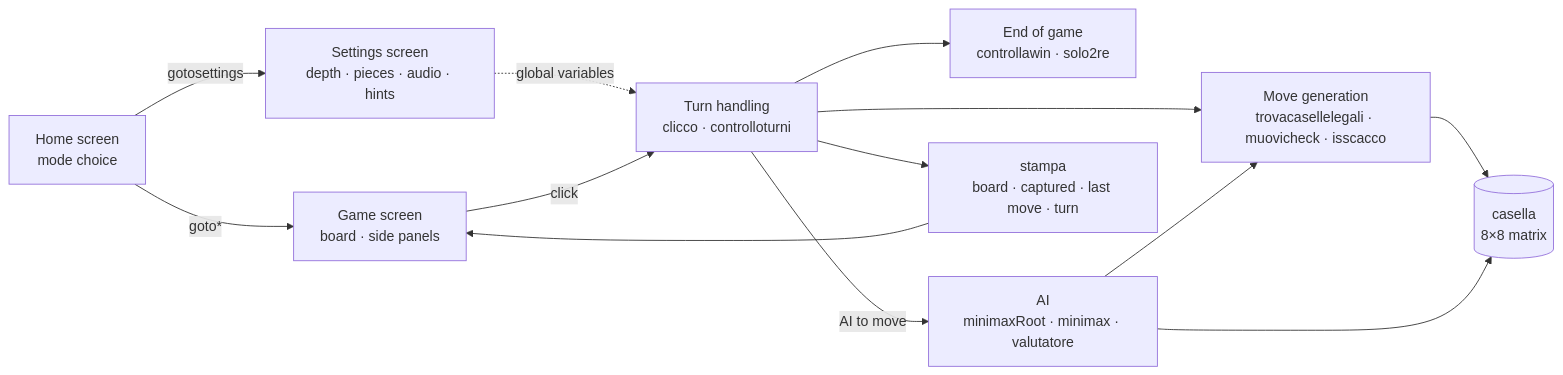
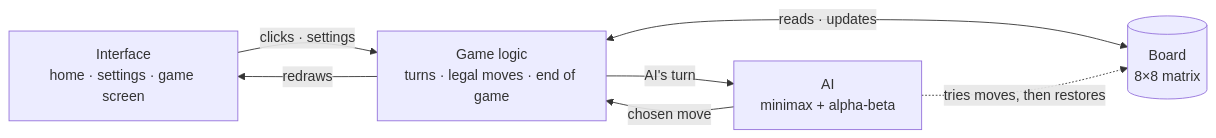
The diagram in README.md (tommasomoro8/chess), drawn with Mermaid before and after one commit. The commit also changed other lines of this file, not shown here.

Commit message:
Rewrite problem statement and simplify architecture diagram

````diff
--- a/README.md
+++ b/README.md
@@ -73,15 +73,9 @@
 ```mermaid
 flowchart LR
-    Home["Home screen<br/>mode choice"] -->|goto*| Game
-    Home -->|gotosettings| Settings["Settings screen<br/>depth · pieces · audio · hints"]
-    Settings -.->|global variables| Turn
-    Game["Game screen<br/>board · side panels"] -->|click| Turn["Turn handling<br/>clicco · controlloturni"]
-    Turn --> Moves["Move generation<br/>trovacasellelegali · muovicheck · isscacco"]
-    Turn --> End["End of game<br/>controllawin · solo2re"]
-    Turn -->|AI to move| AI["AI<br/>minimaxRoot · minimax · valutatore"]
-    AI --> Moves
-    Moves --> Board[("casella<br/>8×8 matrix")]
-    AI --> Board
-    Turn --> Render["stampa<br/>board · captured · last move · turn"]
-    Render --> Game
+    UI["Interface<br/>home · settings · game screen"] -->|clicks · settings| Game["Game logic<br/>turns · legal moves · end of game"]
+    Game -->|AI's turn| AI["AI<br/>minimax + alpha-beta"]
+    AI -->|chosen move| Game
+    Game <-->|reads · updates| Board[("Board<br/>8×8 matrix")]
+    AI -.->|tries moves, then restores| Board
+    Game -->|redraws| UI
 ```
````
